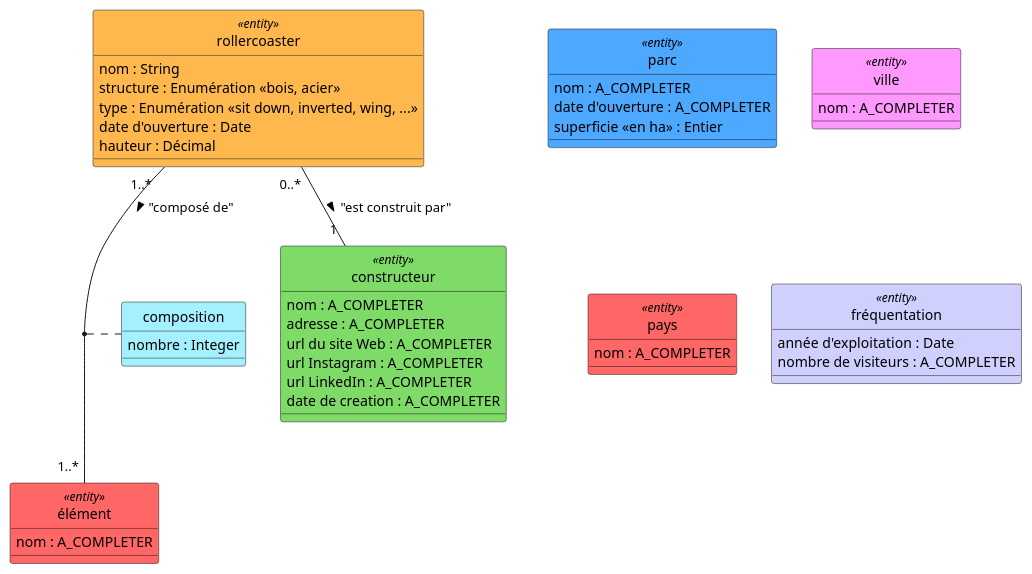
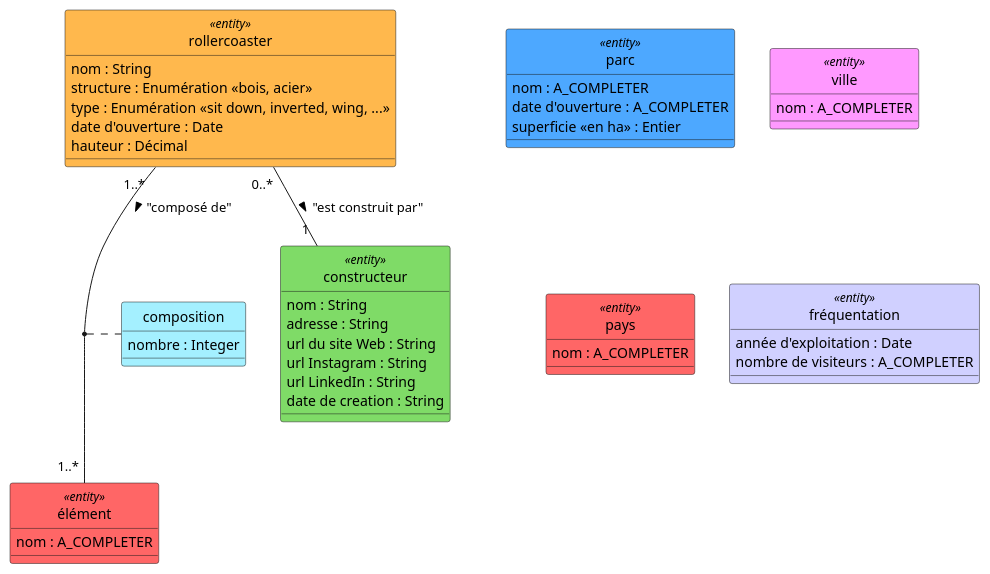
The diagram in MCD eurocoasters (A COMPLETER).puml (victorgms3/uml), drawn with PlantUML before and after one commit.

Commit message:
Update entity attributes in 'constructeur' to use proper data types

```diff
--- a/MCD eurocoasters (A COMPLETER).puml
+++ b/MCD eurocoasters (A COMPLETER).puml
@@ -1,85 +1,85 @@
 @startuml
 
 ' Masquer les cercles dans les classes
 hide circle 
 
 ' ---------------------------
 '   Définition des entités 
 ' ---------------------------
 
 entity "rollercoaster"  as rollercoaster <<entity>> #FFB84D {    
     nom : String
     structure : Enumération <<bois, acier>>
     type : Enumération <<sit down, inverted, wing, ...>>
     date d'ouverture : Date
     hauteur : Décimal
 }
 
 entity "constructeur" as constructeur <<entity>> #7FDB67 {    
-    nom : A_COMPLETER
-    adresse : A_COMPLETER
-    url du site Web : A_COMPLETER
-    url Instagram : A_COMPLETER
-    url LinkedIn : A_COMPLETER
-    date de creation : A_COMPLETER
+    nom : String
+    adresse : String
+    url du site Web : String
+    url Instagram : String
+    url LinkedIn : String
+    date de creation : String
 }
 
 entity "parc" as parc <<entity>> #4DA8FF {    
     nom : A_COMPLETER
     date d'ouverture : A_COMPLETER
     superficie <<en ha>> : Entier
 }
 
 entity "ville" as ville <<entity>> #FF99FF {   
     nom : A_COMPLETER
 }
 
 entity "pays" as pays <<entity>> #FF6666 {   
     nom : A_COMPLETER
 }
 
 entity "élément" as element <<entity>> #FF6666 {    
     nom : A_COMPLETER
 }
 
 entity "fréquentation" as frequentation <<entity>> #D0D0FF {    
     année d'exploitation : Date
     nombre de visiteurs : A_COMPLETER
 }
 
 ' -------------------------------
 '   Associations (relations)
 ' -------------------------------
 
 ' Un constructeur PEUT NE PAS AVOIR comme PLUSIEURS de rollercoaster, mais avoir d'autres types d'attractions
 ' Un rollercoaster est obligatoirement construit par UN constructeurs.
 rollercoaster  " 0..* "--" 1 " constructeur :  "est construit par" >
 
 ' Un rollercoaster est localisé dans UN parc et un parc peut avoir AUCUN ou PLUSIEURS rollercoasters
 ' A COMPLETER LA RELATION
 
 ' Un constructeur est localisé dans UNE ville, une ville peut avoir AUCUN ou PLUSIEURS constructeurs
 ' A COMPLETER LA RELATION
 
 ' Un parc d'attractions est  localisé dans UNE ville, une ville peut avoir AUCUN ou PLUSIEURS parcs d'attractions
 ' A COMPLETER LA RELATION
 
 ' Un parc n'a pas encore de fréquentation avant la fin de sa 1ère année d'exploitation
 ' Ensuite un par aura PLUSIEURS fréquentations (une par année d'exploitation.)
 ' Une fréquentation est en relation avec UN parc pour UNE année.
 ' A COMPLETER LA RELATION
 
 ' Une ville à UN unique pays, un pays à UNE ou plusieurs villes
 ' A COMPLETER LA RELATION
 
 
 ' Un rollercoaster est composé de PLUSIEURS ELEMENTS et un élément peut se trouver dans PLUSIEURS rollercosters
 ' Un élément peut également avoir un NOMBRE D'OCCURRENCES supérieur à 1 dans un rollercoaster
 rollercoaster " 1..* " -- " 1..* " element : "composé de" >
 (rollercoaster, element ) . composition
 class "composition" as composition #A4F0FF {
     nombre : Integer
 }
 
 
 @enduml
```
